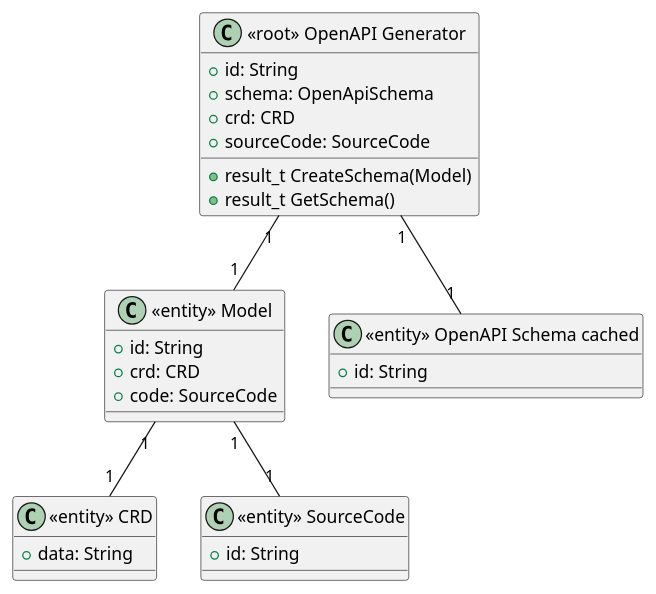
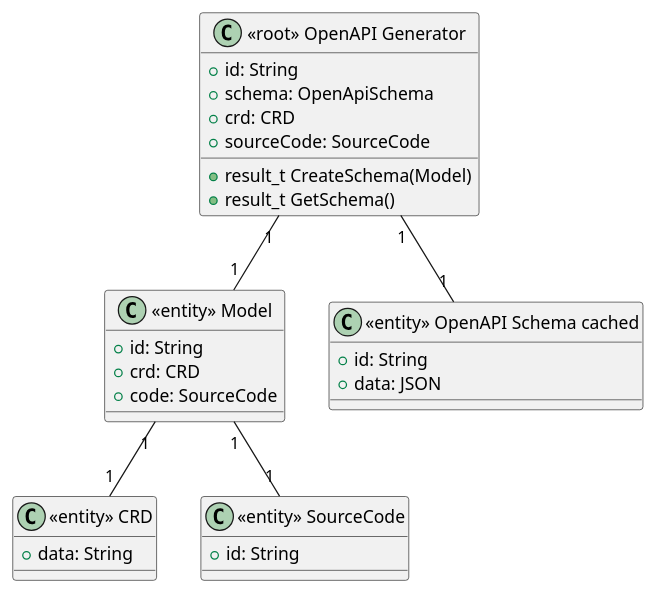
One commit to fanglores/Advanced-Software-Design changed the diagram in PracticeTasks/Module2/Task_9/task9_generator.puml. Above: the diagram before and after it, drawn with PlantUML. The commit also changed 6 other files, not shown here.

```diff
--- a/PracticeTasks/Module2/Task_9/task9_generator.puml
+++ b/PracticeTasks/Module2/Task_9/task9_generator.puml
@@ -1,35 +1,36 @@
 @startuml
 
 class "<<root>> OpenAPI Generator" as generator {
   +id: String
   +schema: OpenApiSchema
   +crd: CRD
   +sourceCode: SourceCode
   +result_t CreateSchema(Model)
   +result_t GetSchema()
 }
 
 class "<<entity>> OpenAPI Schema cached" as apischema {
   +id: String
+  +data: JSON
 }
 
 class "<<entity>> Model" as model {
   +id: String
   +crd: CRD
   +code: SourceCode
 }
 
 class "<<entity>> CRD" as crd {
   +data: String
 }
 
 class "<<entity>> SourceCode" as sourceCode {
   +id: String
 }
 
 apischema "1" -up- "1" generator
 model "1" -up- "1" generator
 crd "1" -up- "1" model
 sourceCode "1" -up- "1" model
 
 @enduml
```
